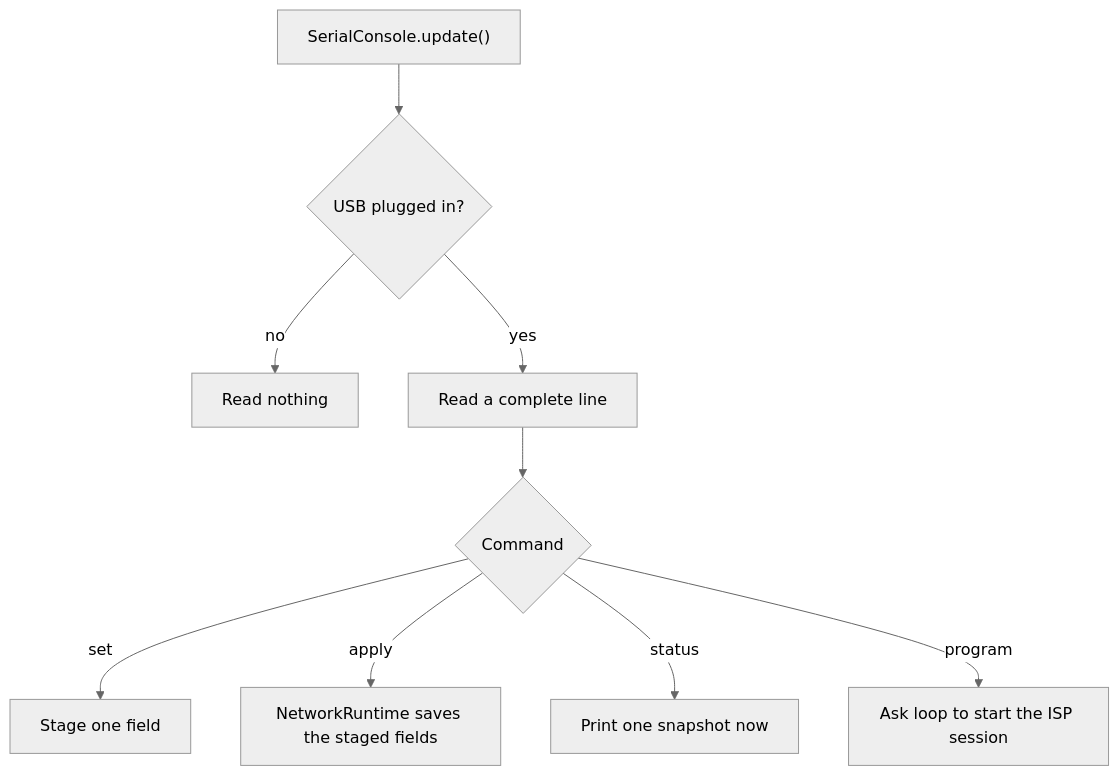
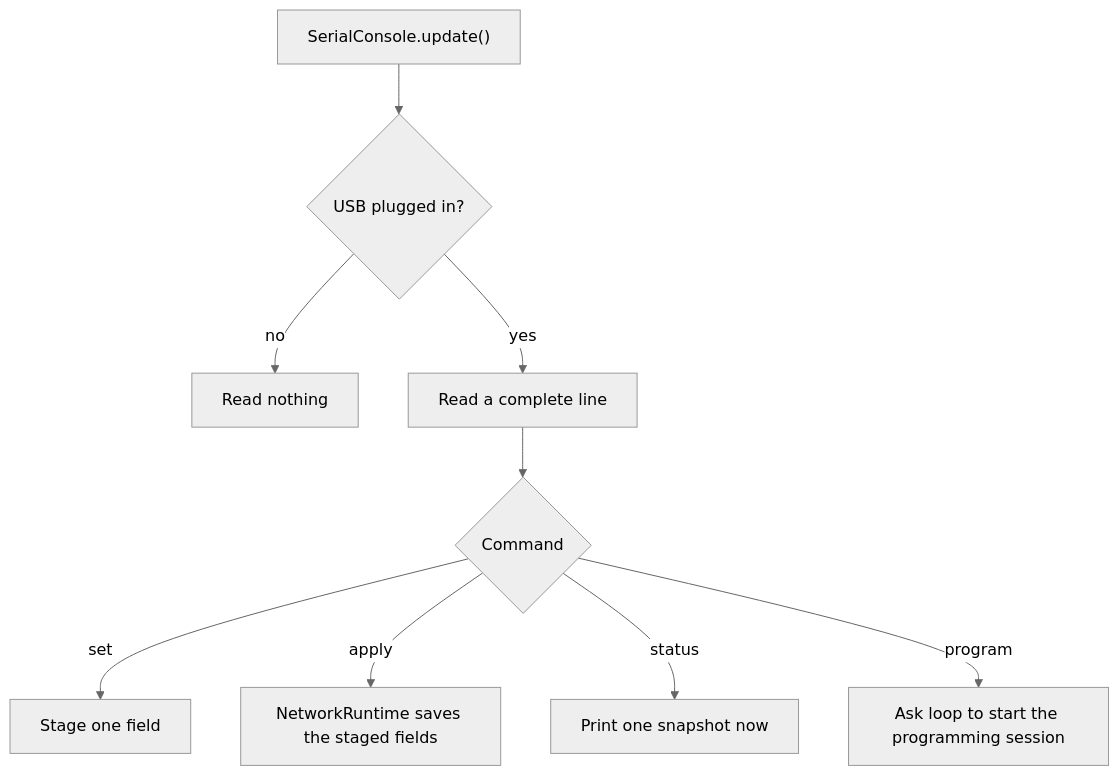
One commit to WiddleWabbit/MQTT-ModularControllerBoard changed the diagram in Firmware/docs/serial-console.md. Above: the diagram before and after it, drawn with Mermaid (neutral theme). The commit also changed other lines of this file and 39 other files, not shown here.

````diff
--- a/Firmware/docs/serial-console.md
+++ b/Firmware/docs/serial-console.md
@@ -28,11 +28,11 @@
 ```mermaid
 flowchart TD
   upd["SerialConsole.update()"] --> plug{"USB plugged in?"}
   plug -->|no| stop["Read nothing"]
   plug -->|yes| line["Read a complete line"]
   line --> cmd{"Command"}
   cmd -->|set| stage["Stage one field"]
   cmd -->|apply| save["NetworkRuntime saves the staged fields"]
   cmd -->|status| now["Print one snapshot now"]
-  cmd -->|program| arm["Ask loop to start the ISP session"]
+  cmd -->|program| arm["Ask loop to start the programming session"]
 ```
````
